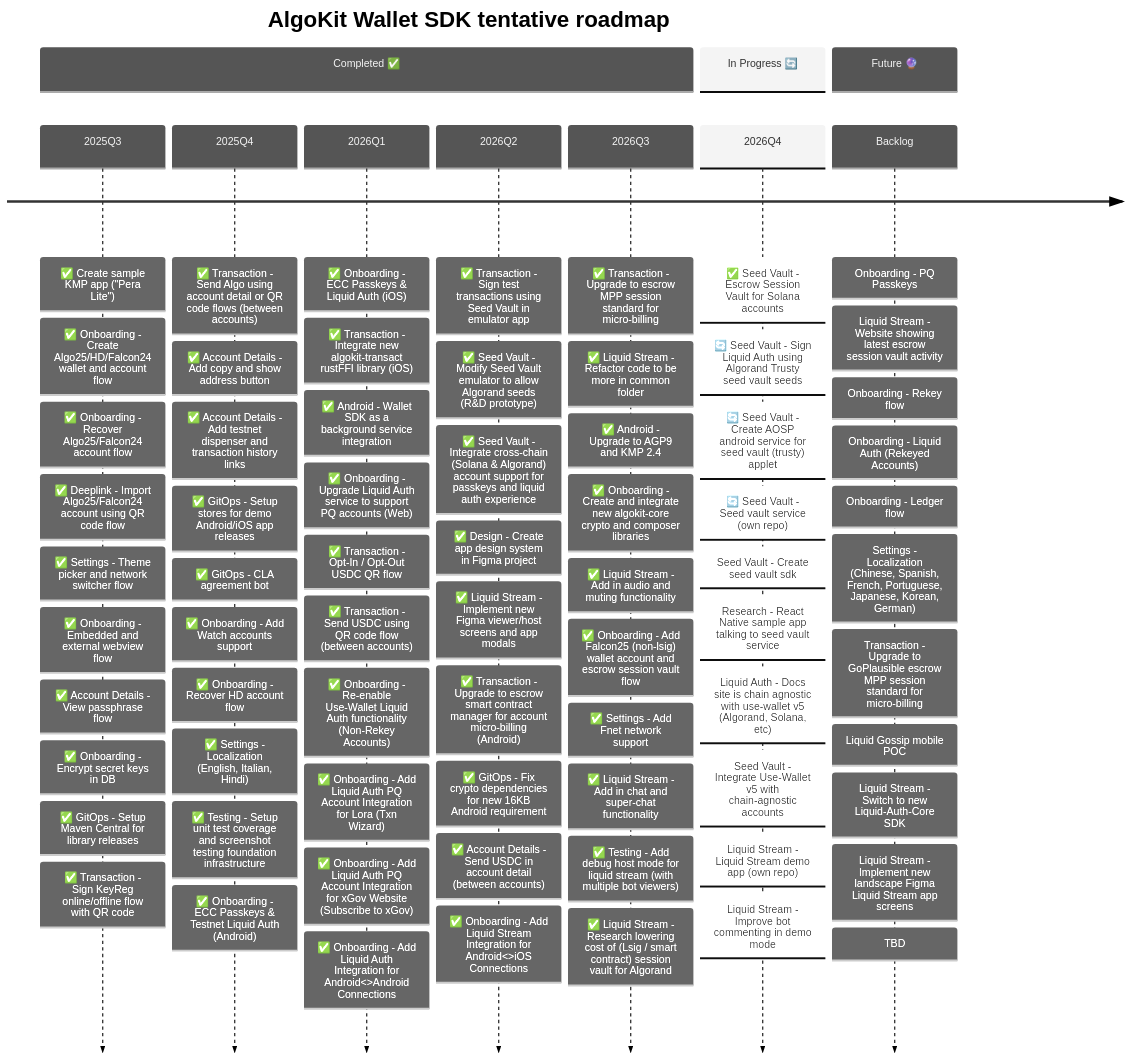
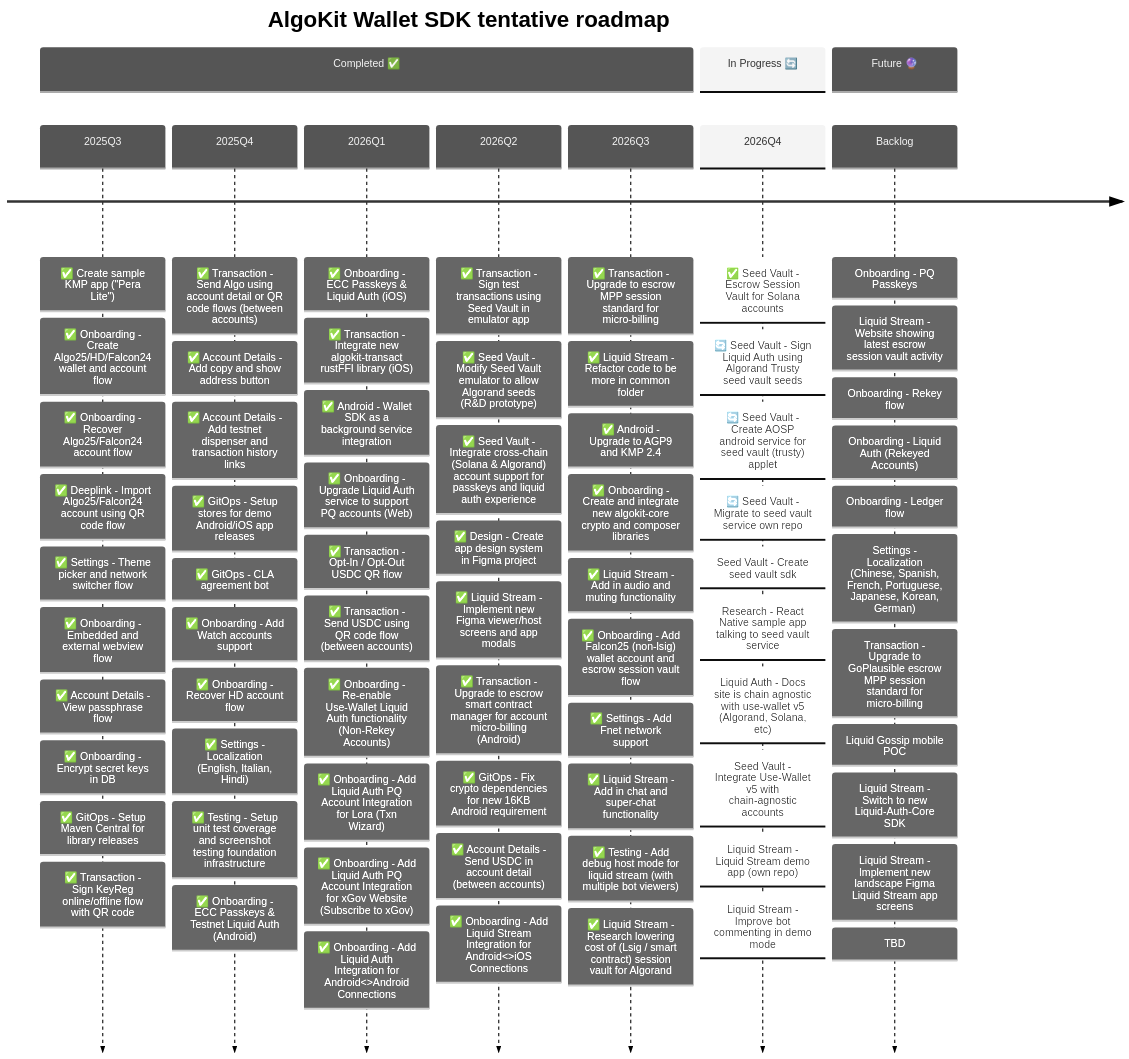
The second of 3 diagrams in README.md (michaeltchuangllc/algokit-walletsdk-kmp), drawn with Mermaid before and after one commit. The commit also changed 30 other files, not shown here.

```diff
--- a/README.md
+++ b/README.md
@@ -134,7 +134,7 @@
              : ✅ Seed Vault - Escrow Session Vault for Solana accounts
              : 🔄 Seed Vault - Sign Liquid Auth using Algorand Trusty seed vault seeds
              : 🔄 Seed Vault - Create AOSP android service for seed vault (trusty) applet
-             : 🔄 Seed Vault - Seed vault service (own repo)
+             : 🔄 Seed Vault - Migrate to seed vault service own repo
              : Seed Vault - Create seed vault sdk
              : Research - React Native sample app talking to seed vault service
              : Liquid Auth - Docs site is chain agnostic with use-wallet v5 (Algorand, Solana, etc)
```
